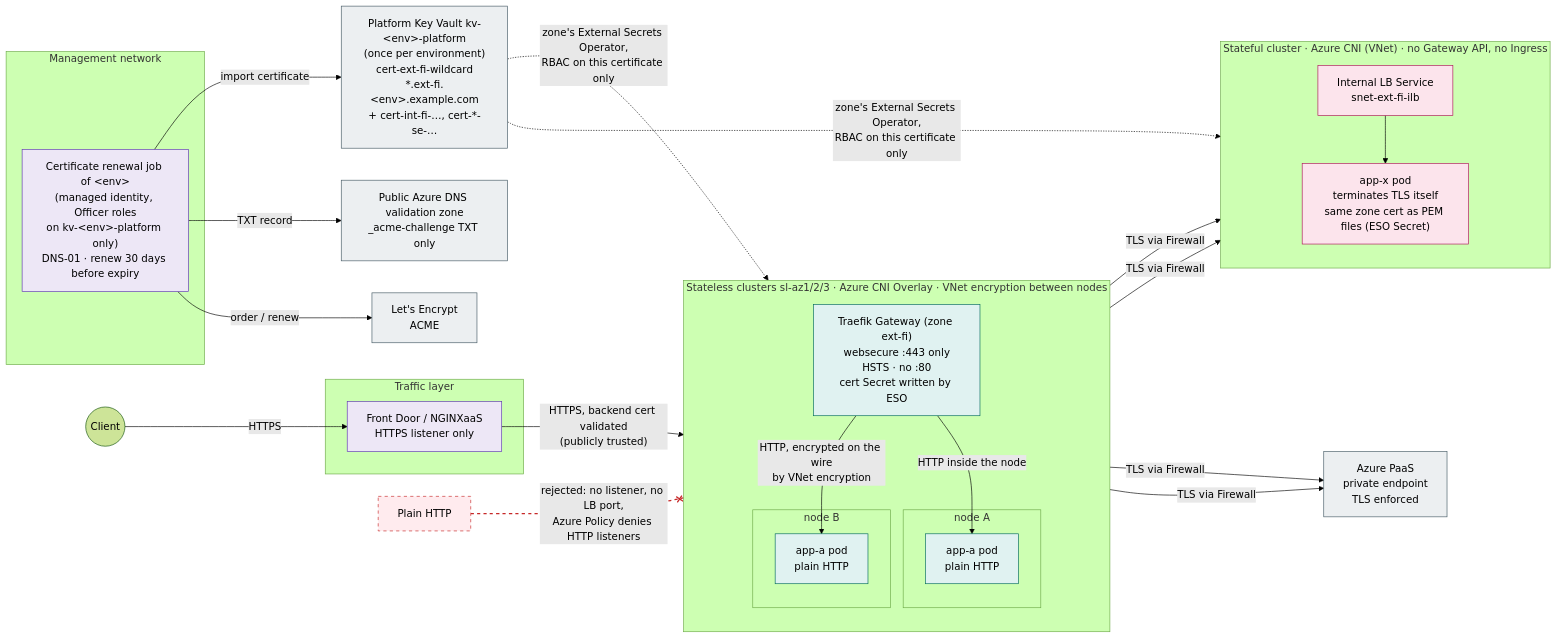
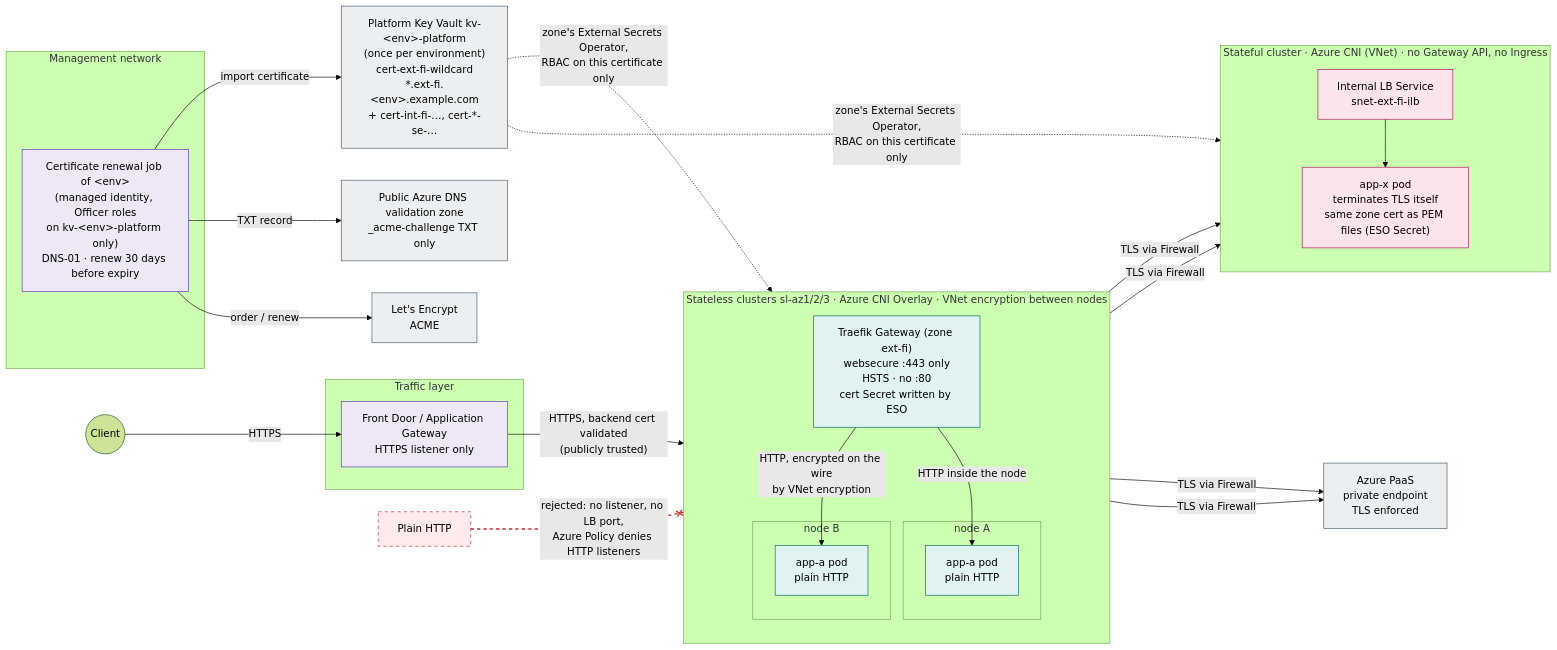
The diagram in diagrams/13-tls-encryption.mmd (olljanat-ai/aks-design), drawn with Mermaid (forest theme) before and after one commit. The commit also changed 18 other files, not shown here.

First line of the commit message:
Internal zones active-passive behind Application Gateway, remove NGINXaaS

```diff
--- a/diagrams/13-tls-encryption.mmd
+++ b/diagrams/13-tls-encryption.mmd
@@ -1,63 +1,63 @@
 %% Encryption in transit. Stateless: TLS ends at the zone's Traefik gateway (Let's Encrypt certificate for an internal
 %% name), node-to-node traffic is protected by Azure VNet encryption, so apps need no TLS, mTLS or service mesh.
 %% Stateful: no Gateway API and no Ingress at all, the application terminates TLS on its own internal load balancer.
 %% Certificates are issued once per zone and environment by a job per environment into the environment's single platform
 %% Key Vault and shared by all clusters of that environment.
 flowchart LR
     client(("Client"))
 
     subgraph MGMT["Management network"]
         job["Certificate renewal job of &lt;env&gt;<br/>(managed identity, Officer roles<br/>on kv-&lt;env&gt;-platform only)<br/>DNS-01 · renew 30 days before expiry"]
     end
     le["Let's Encrypt<br/>ACME"]
     pubdns["Public Azure DNS validation zone<br/>_acme-challenge TXT only"]
     kv["Platform Key Vault kv-&lt;env&gt;-platform<br/>(once per environment)<br/>cert-ext-fi-wildcard<br/>*.ext-fi.&lt;env&gt;.example.com<br/>+ cert-int-fi-…, cert-*-se-…"]
 
     subgraph EDGE["Traffic layer"]
-        agw["Front Door / NGINXaaS<br/>HTTPS listener only"]
+        agw["Front Door / Application Gateway<br/>HTTPS listener only"]
     end
 
     subgraph SL["Stateless clusters sl-az1/2/3 · Azure CNI Overlay · VNet encryption between nodes"]
         direction TB
         tr["Traefik Gateway (zone ext-fi)<br/>websecure :443 only<br/>HSTS · no :80<br/>cert Secret written by ESO"]
         subgraph N1["node A"]
             app1["app-a pod<br/>plain HTTP"]
         end
         subgraph N2["node B"]
             app2["app-a pod<br/>plain HTTP"]
         end
     end
 
     subgraph SF["Stateful cluster · Azure CNI (VNet) · no Gateway API, no Ingress"]
         direction TB
         ilb["Internal LB Service<br/>snet-ext-fi-ilb"]
         db["app-x pod<br/>terminates TLS itself<br/>same zone cert as PEM files (ESO Secret)"]
     end
 
     paas["Azure PaaS<br/>private endpoint<br/>TLS enforced"]
     plain["Plain HTTP"]:::off
 
     client -->|"HTTPS"| agw
     agw -->|"HTTPS, backend cert validated<br/>(publicly trusted)"| tr
     tr -->|"HTTP inside the node"| app1
     tr -->|"HTTP, encrypted on the wire<br/>by VNet encryption"| app2
     app1 & app2 -->|"TLS via Firewall"| ilb --> db
     app1 & app2 -->|"TLS via Firewall"| paas
     job -->|"order / renew"| le
     job -->|"TXT record"| pubdns
     job -->|"import certificate"| kv
     kv -.->|"zone's External Secrets Operator,<br/>RBAC on this certificate only"| tr
     kv -.->|"zone's External Secrets Operator,<br/>RBAC on this certificate only"| db
     plain -.-x|"rejected: no listener, no LB port,<br/>Azure Policy denies HTTP listeners"| tr
 
     linkStyle 14 stroke:#c62828,stroke-width:2px,stroke-dasharray:5 5
 
     classDef hub fill:#ede7f6,stroke:#5e35b1,color:#000
     classDef sl fill:#e0f2f1,stroke:#00695c,color:#000
     classDef sf fill:#fce4ec,stroke:#ad1457,color:#000
     classDef paas fill:#eceff1,stroke:#455a64,color:#000
     classDef off fill:#ffebee,stroke:#c62828,color:#000,stroke-dasharray: 5 5
     class agw,job hub
     class tr,app1,app2 sl
     class ilb,db sf
     class paas,le,pubdns,kv paas
```
